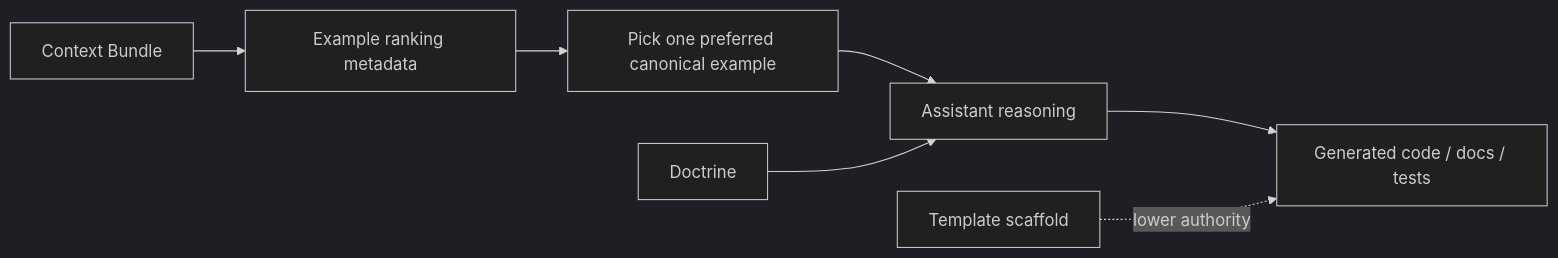
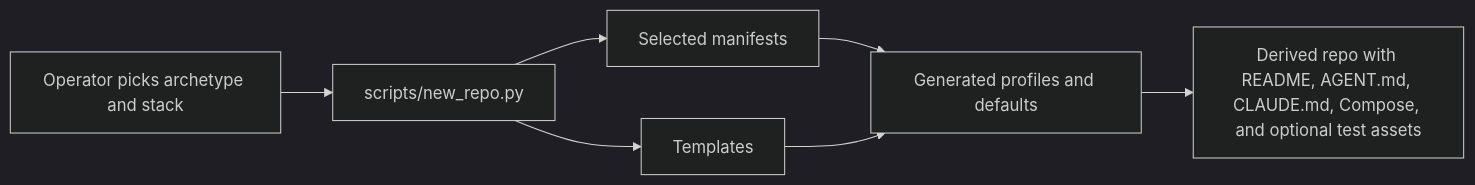
The second of 4 diagrams in docs/architecture-mental-model.md (someflydev/agent-context-base), drawn with Mermaid (dark theme) before and after one commit. The commit also changed other lines of this file and 2 other files, not shown here.

First line of the commit message:
[PROMPT_26] Simplify diagrams to match the real runtime flow

````diff
--- a/docs/architecture-mental-model.md
+++ b/docs/architecture-mental-model.md
@@ -141,10 +23,9 @@
 ```mermaid
 flowchart LR
-    B[Context Bundle] --> X[Example ranking metadata]
-    X --> P[Pick one preferred canonical example]
-    P --> R[Assistant reasoning]
-    R --> C[Generated code / docs / tests]
-
-    D[Doctrine] --> R
-    T[Template scaffold] -. lower authority .-> C
+    A[Operator picks archetype and stack] --> B[scripts/new_repo.py]
+    B --> C[Selected manifests]
+    B --> D[Templates]
+    C --> E[Generated profiles and defaults]
+    D --> E
+    E --> F[Derived repo with README, AGENT.md, CLAUDE.md, Compose, and optional test assets]
 ```
````
